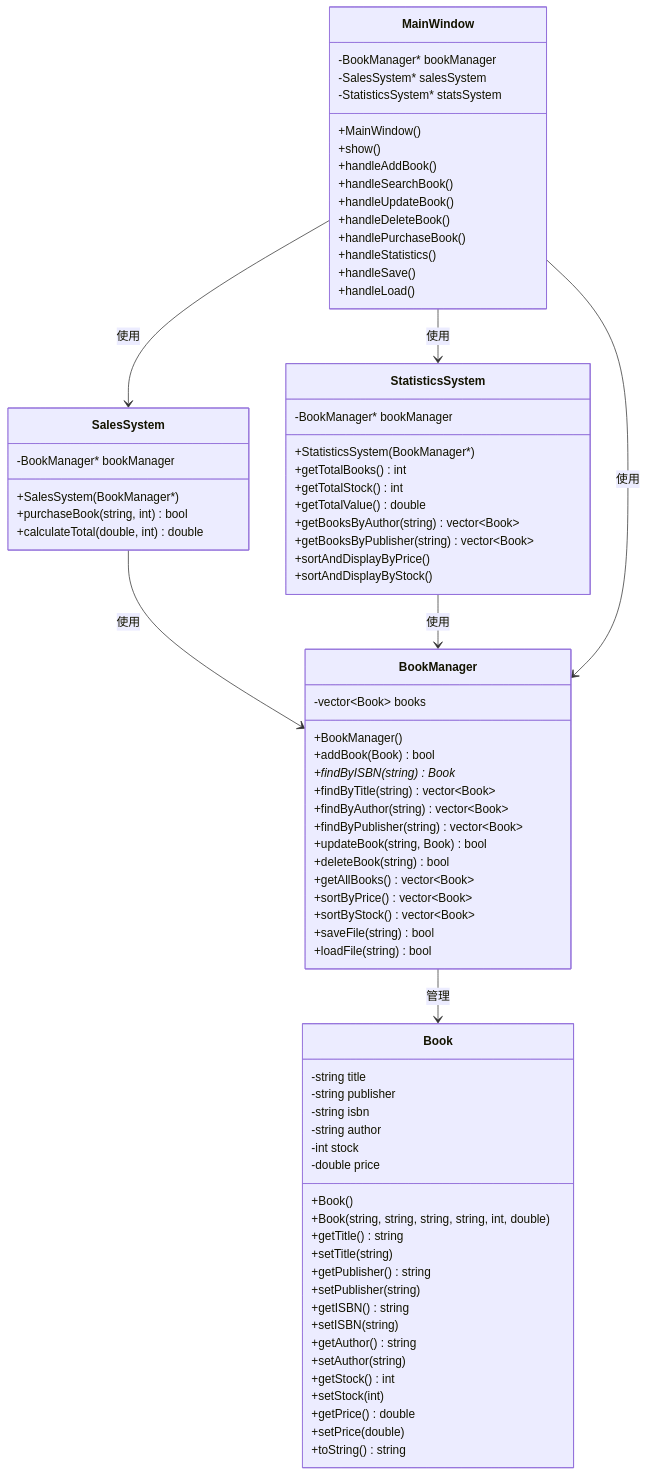
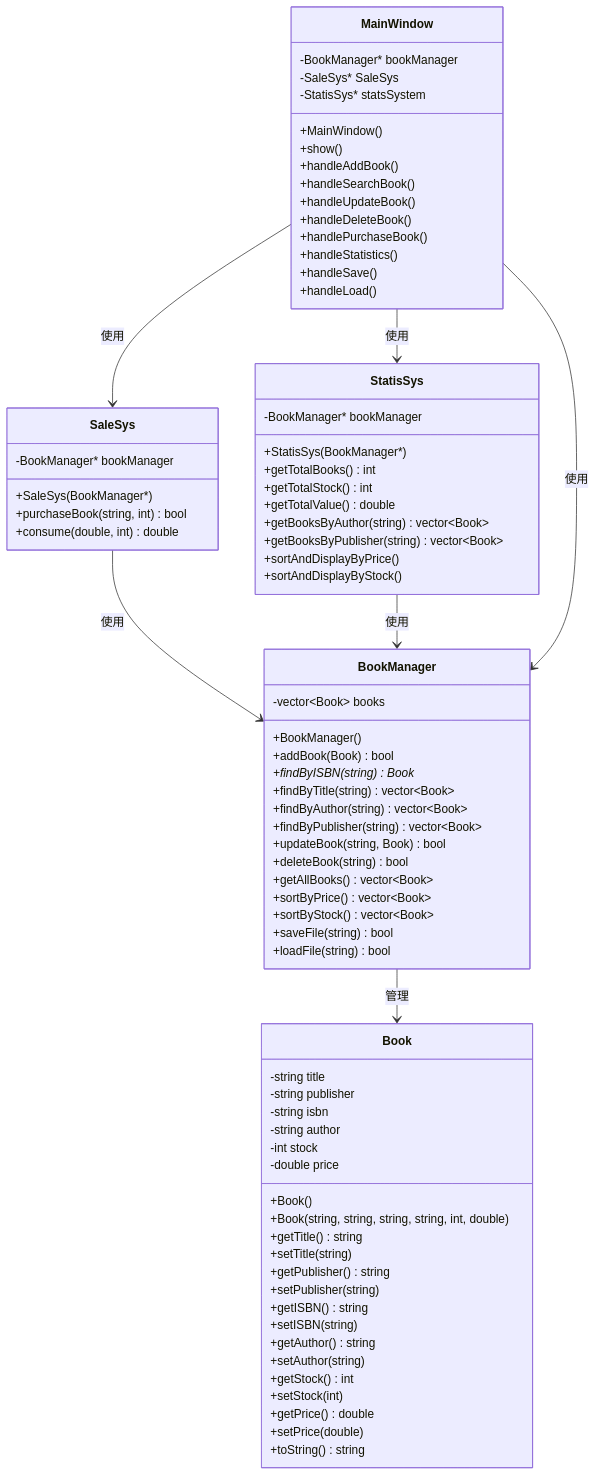
Before and after one commit to tristertian/CurriculumDesign_BookManagementSystem: the second of 2 diagrams in v3.0/system_design.md, drawn with Mermaid. The commit also changed other lines of this file and 20 other files, not shown here.

````diff
--- a/v3.0/system_design.md
+++ b/v3.0/system_design.md
@@ -79,16 +79,16 @@
         +loadFile(string) bool
     }
     
-    class SalesSystem {
+    class SaleSys {
         -BookManager* bookManager
-        +SalesSystem(BookManager*)
+        +SaleSys(BookManager*)
         +purchaseBook(string, int) bool
-        +calculateTotal(double, int) double
+        +consume(double, int) double
     }
     
-    class StatisticsSystem {
+    class StatisSys {
         -BookManager* bookManager
-        +StatisticsSystem(BookManager*)
+        +StatisSys(BookManager*)
         +getTotalBooks() int
         +getTotalStock() int
         +getTotalValue() double
@@ -100,8 +100,8 @@
     
     class MainWindow {
         -BookManager* bookManager
-        -SalesSystem* salesSystem
-        -StatisticsSystem* statsSystem
+        -SaleSys* SaleSys
+        -StatisSys* statsSystem
         +MainWindow()
         +show()
         +handleAddBook()
@@ -115,9 +115,9 @@
     }
     
     BookManager --> Book : 管理
-    SalesSystem --> BookManager : 使用
-    StatisticsSystem --> BookManager : 使用
+    SaleSys --> BookManager : 使用
+    StatisSys --> BookManager : 使用
     MainWindow --> BookManager : 使用
-    MainWindow --> SalesSystem : 使用
-    MainWindow --> StatisticsSystem : 使用
+    MainWindow --> SaleSys : 使用
+    MainWindow --> StatisSys : 使用
 ```
````
